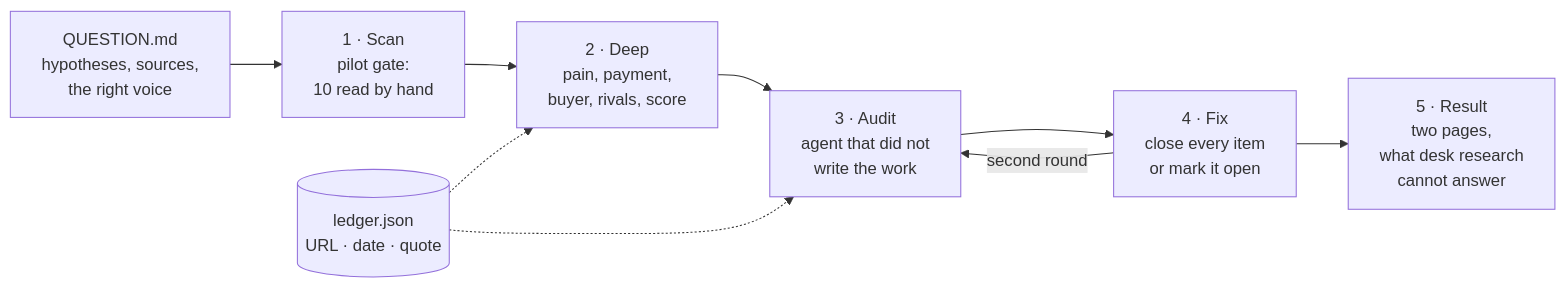
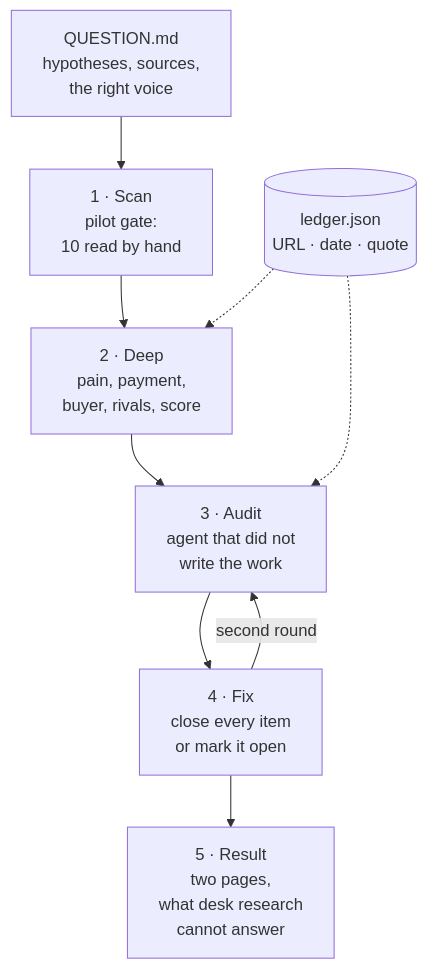
The diagram in README.md (kerem-aydin/kanitli-arastirma), drawn with Mermaid before and after one commit.

Commit message:
README: vertical diagram for phones

````diff
--- a/README.md
+++ b/README.md
@@ -12,11 +12,11 @@
 ```mermaid
-flowchart LR
+flowchart TB
   Q[QUESTION.md<br/>hypotheses, sources,<br/>the right voice] --> S1
   S1[1 · Scan<br/>pilot gate:<br/>10 read by hand] --> S2[2 · Deep<br/>pain, payment,<br/>buyer, rivals, score]
   S2 --> A1[3 · Audit<br/>agent that did not<br/>write the work]
   A1 --> F1[4 · Fix<br/>close every item<br/>or mark it open]
   F1 -->|second round| A1
   F1 --> R[5 · Result<br/>two pages,<br/>what desk research<br/>cannot answer]
   L[(ledger.json<br/>URL · date · quote)] -.-> S2
   L -.-> A1
 ```
````
